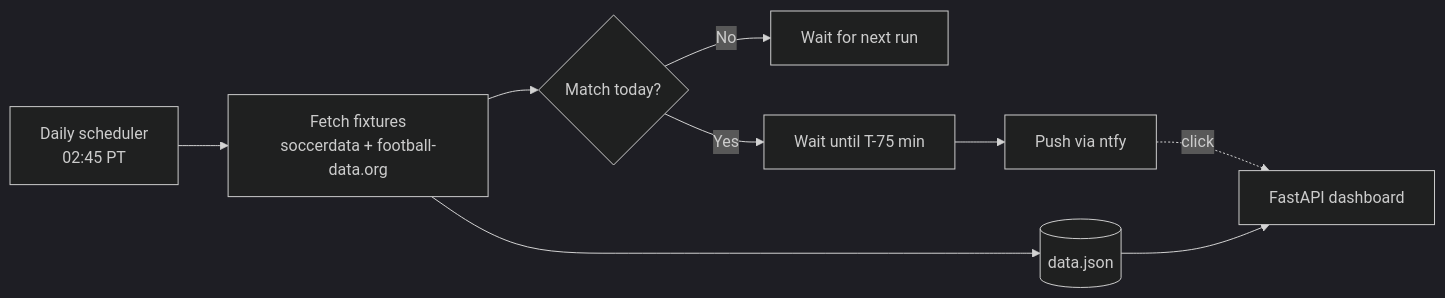
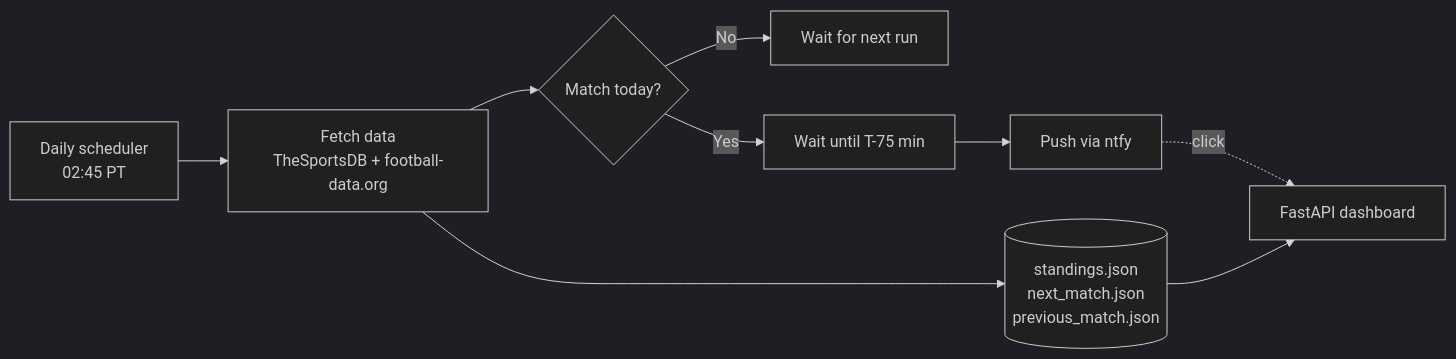
One commit to justincox8/ArsenalRemind changed the diagram in README.md. Above: the diagram before and after it, drawn with Mermaid (dark theme). The commit also changed other lines of this file, not shown here.

First line of the commit message:
Revise README for match data and API updates

````diff
--- a/README.md
+++ b/README.md
@@ -25,11 +25,11 @@
 ```mermaid
 flowchart LR
-    S[Daily scheduler<br/>02:45 PT] --> F[Fetch fixtures<br/>soccerdata + football-data.org]
+    S[Daily scheduler<br/>02:45 PT] --> F[Fetch data<br/>TheSportsDB + football-data.org]
     F --> N{Match today?}
     N -- No --> Z[Wait for next run]
     N -- Yes --> W[Wait until T-75 min]
     W --> P[Push via ntfy]
-    F --> D[(data.json)]
+    F --> D[(standings.json<br/>next_match.json<br/>previous_match.json)]
     D --> UI[FastAPI dashboard]
     P -. click .-> UI
 ```
````
